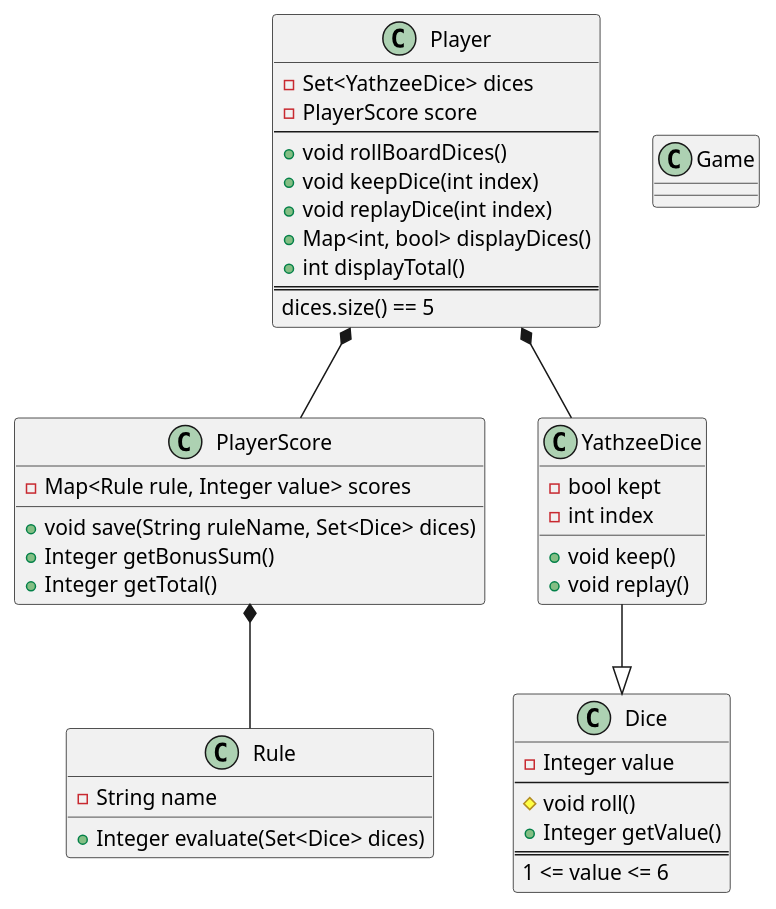
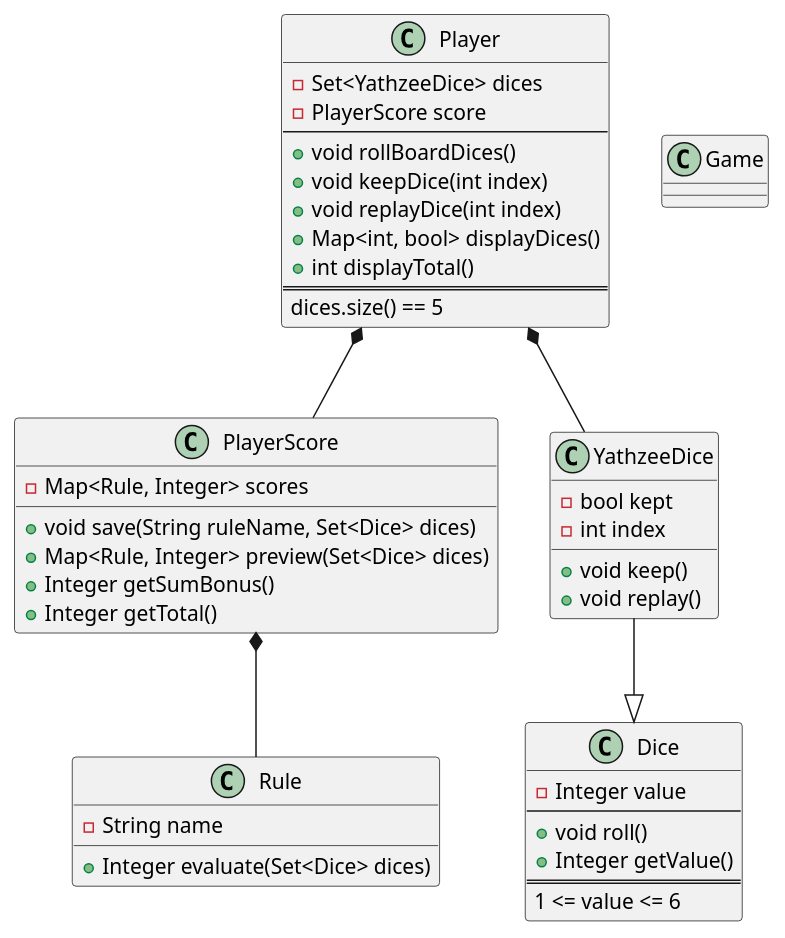
Before and after one commit to yanncourtel/Clean-Coder-Journey: the diagram in 7-Yahtzee/yathzee.puml, drawn with PlantUML.

Commit message:
Modified Class diagram after review

```diff
--- a/7-Yahtzee/yathzee.puml
+++ b/7-Yahtzee/yathzee.puml
@@ -1,50 +1,51 @@
 @startuml
 class Player {
     -Set<YathzeeDice> dices
     -PlayerScore score
     --
     +void rollBoardDices()
     +void keepDice(int index)
     +void replayDice(int index)
     +Map<int, bool> displayDices()
     +int displayTotal()
     ==
     dices.size() == 5
 }
 
 class PlayerScore {
-    -Map<Rule rule, Integer value> scores
+    -Map<Rule, Integer> scores
     +void save(String ruleName, Set<Dice> dices)
-    +Integer getBonusSum()
+    +Map<Rule, Integer> preview(Set<Dice> dices)
+    +Integer getSumBonus()
     +Integer getTotal()
 }
 
 class Rule {
     -String name
     +Integer evaluate(Set<Dice> dices)
 }
 
 class YathzeeDice {
     -bool kept
     -int index
     +void keep()
     +void replay()
 }
 
 class Dice {
     -Integer value
     --
-    #void roll()
+    +void roll()
     +Integer getValue()
     ==
     1 <= value <= 6
 }
 
 class Game
 
 Player *-- YathzeeDice
 Player *-- PlayerScore
 PlayerScore *-- Rule
 YathzeeDice --|> Dice
 
 @enduml
```
